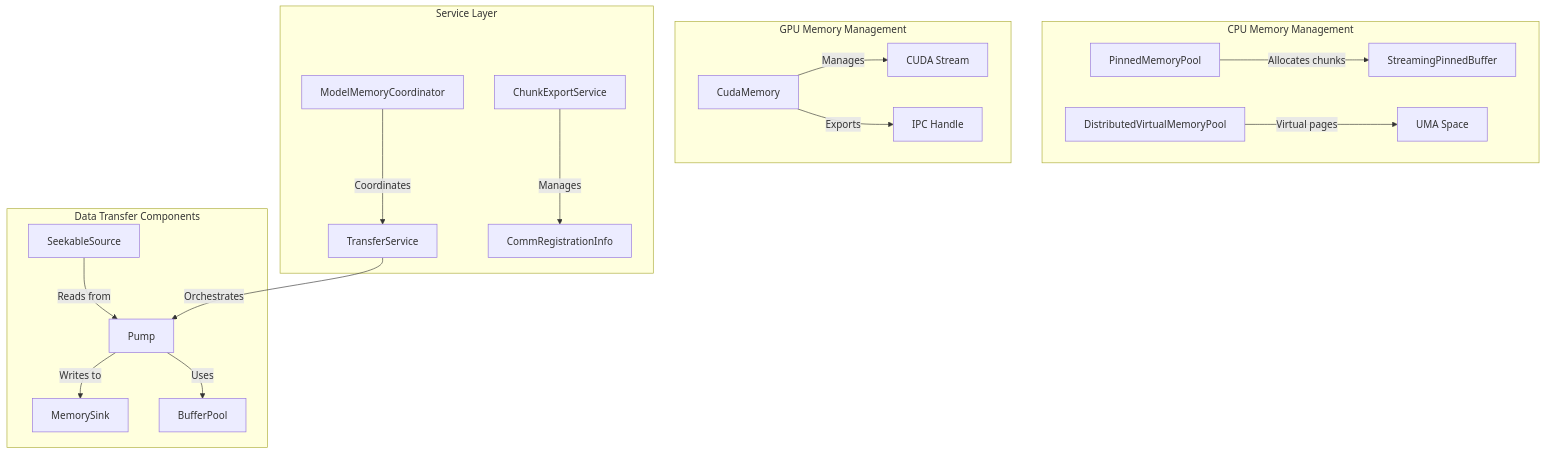
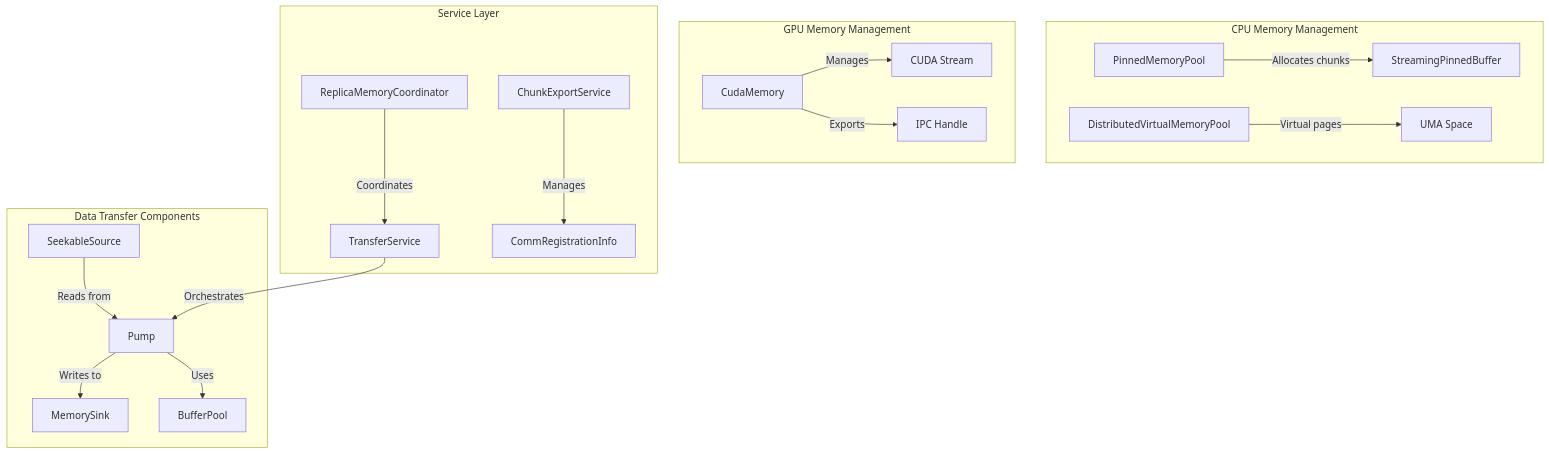
The fifth of 13 diagrams in web-docs/docs/developer-guides/core/store/architecture.md (tensorcast-ai/tensorcast), drawn with Mermaid before and after one commit. The commit also changed other lines of this file and 331 other files, not shown here.

Commit message:
refactor: refactor model to artifact & replica

````diff
--- a/web-docs/docs/developer-guides/core/store/architecture.md
+++ b/web-docs/docs/developer-guides/core/store/architecture.md
@@ -268,41 +268,41 @@
 ```mermaid
 graph TB
     subgraph "CPU Memory Management"
         PMP[PinnedMemoryPool]
         DVMP[DistributedVirtualMemoryPool]
         SPB[StreamingPinnedBuffer]
 
         PMP -->|Allocates chunks| SPB
         DVMP -->|Virtual pages| UMA[UMA Space]
     end
 
     subgraph "GPU Memory Management"
         CM[CudaMemory]
         CS[CUDA Stream]
         IPC[IPC Handle]
 
         CM -->|Manages| CS
         CM -->|Exports| IPC
     end
 
     subgraph "Data Transfer Components"
         SS[SeekableSource]
         Sink[MemorySink]
         P[Pump]
         BP[BufferPool]
 
         SS -->|Reads from| P
         P -->|Writes to| Sink
         P -->|Uses| BP
     end
 
     subgraph "Service Layer"
         TS[TransferService]
         CES[ChunkExportService]
-        MMC[ModelMemoryCoordinator]
+        MMC[ReplicaMemoryCoordinator]
 
         TS -->|Orchestrates| P
         CES -->|Manages| CRI[CommRegistrationInfo]
         MMC -->|Coordinates| TS
     end
 ```
````
